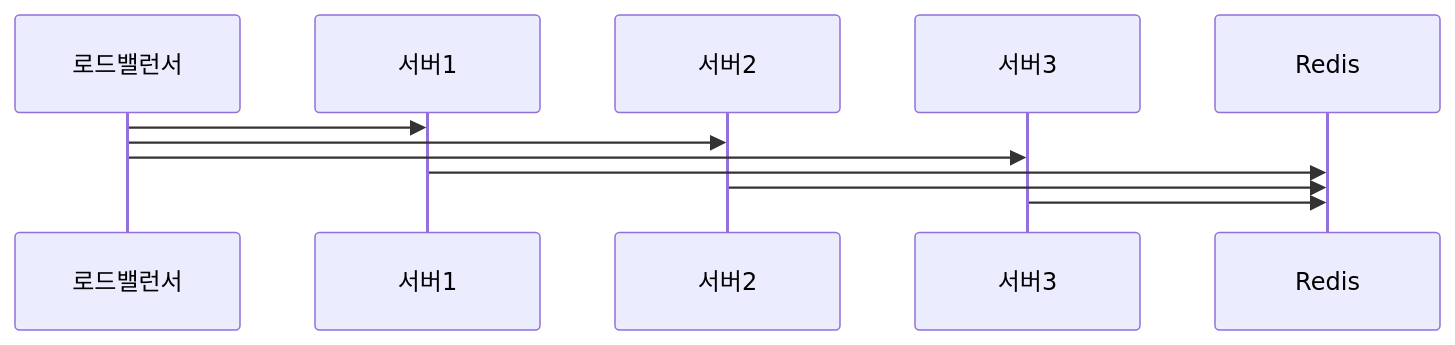
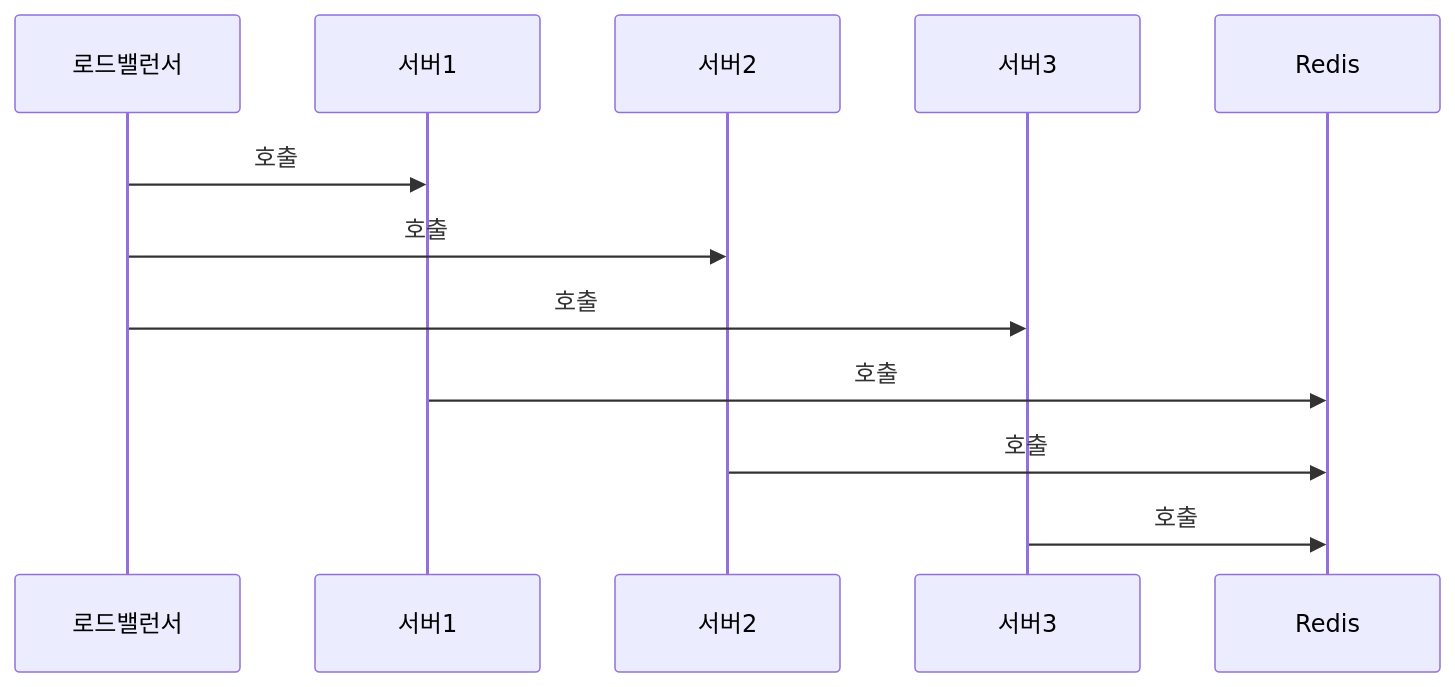
One commit to yjkim2015/yjkim2015.github.io changed the tenth of 13 diagrams in _posts/spring/2026-05-01-rate-limiting.md. Above: the diagram before and after it, drawn with Mermaid. The commit also changed other lines of this file and 85 other files, not shown here.

First line of the commit message:
sequenceDiagram 문법 에러 2차 수정 169개 (86파일)

````diff
--- a/_posts/spring/2026-05-01-rate-limiting.md
+++ b/_posts/spring/2026-05-01-rate-limiting.md
@@ -692,9 +692,9 @@
 ```mermaid
 sequenceDiagram
-    로드밸런서->>서버1:
-    로드밸런서->>서버2:
-    로드밸런서->>서버3:
-    서버1->>Redis:
-    서버2->>Redis:
-    서버3->>Redis:
+    로드밸런서->>서버1: 호출
+    로드밸런서->>서버2: 호출
+    로드밸런서->>서버3: 호출
+    서버1->>Redis: 호출
+    서버2->>Redis: 호출
+    서버3->>Redis: 호출
 ```
````
